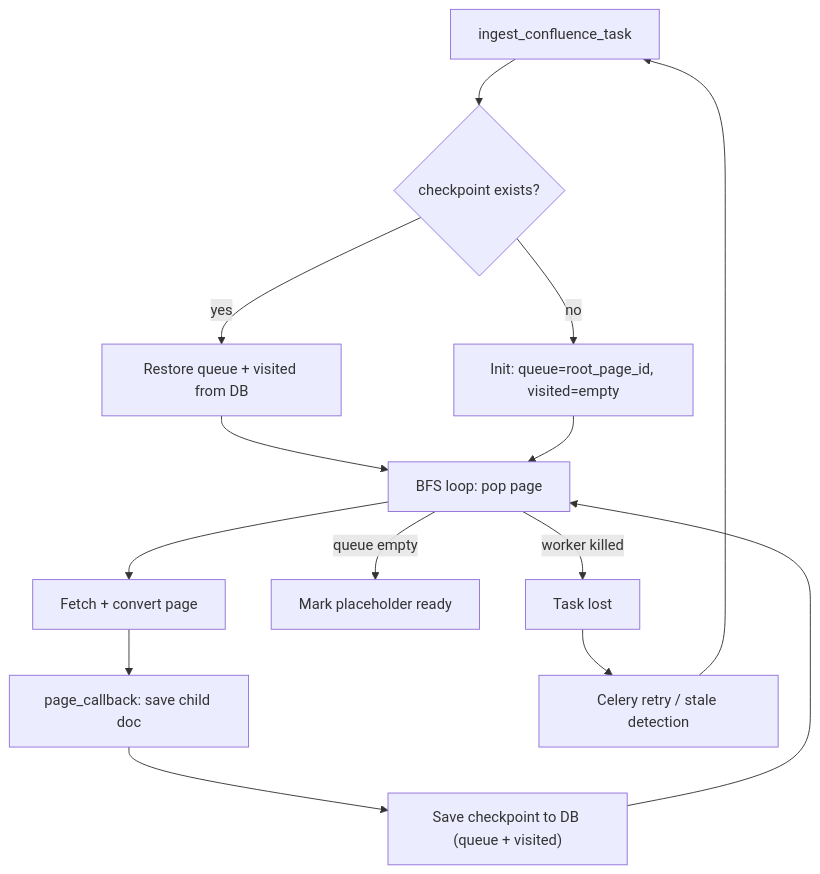
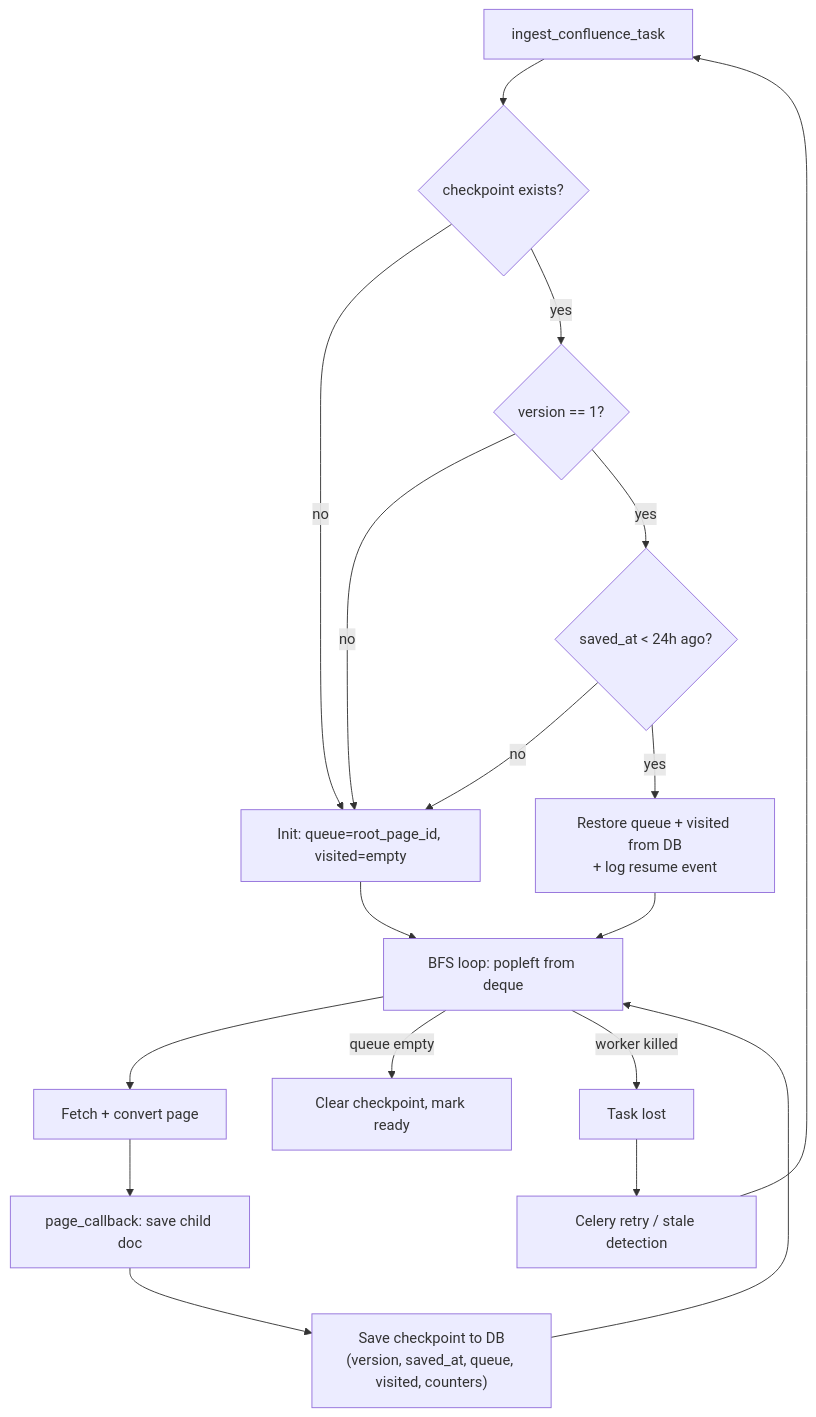
The diagram in architecture/CONFLUENCE-CHECKPOINT.md (ramazan-mamuchiev/ai_mentor), drawn with Mermaid before and after one commit. The commit also changed other lines of this file, not shown here.

First line of the commit message:
docs: harden CONFLUENCE-CHECKPOINT plan — versioning, TTL, deque, limitations

````diff
--- a/architecture/CONFLUENCE-CHECKPOINT.md
+++ b/architecture/CONFLUENCE-CHECKPOINT.md
@@ -17,16 +17,20 @@
 ```mermaid
 flowchart TD
     Start[ingest_confluence_task] --> CheckCkpt{checkpoint exists?}
-    CheckCkpt -->|yes| Restore[Restore queue + visited from DB]
     CheckCkpt -->|no| Init["Init: queue=root_page_id, visited=empty"]
+    CheckCkpt -->|yes| ValidateVer{version == 1?}
+    ValidateVer -->|no| Init
+    ValidateVer -->|yes| ValidateTTL{"saved_at < 24h ago?"}
+    ValidateTTL -->|no| Init
+    ValidateTTL -->|yes| Restore["Restore queue + visited from DB\n+ log resume event"]
     Restore --> Loop
     Init --> Loop
-    Loop[BFS loop: pop page] --> Fetch[Fetch + convert page]
+    Loop[BFS loop: popleft from deque] --> Fetch[Fetch + convert page]
     Fetch --> Callback[page_callback: save child doc]
-    Callback --> Save["Save checkpoint to DB (queue + visited)"]
+    Callback --> Save["Save checkpoint to DB\n(version, saved_at, queue, visited, counters)"]
     Save --> Loop
-    Loop -->|queue empty| Done[Mark placeholder ready]
+    Loop -->|queue empty| ClearCkpt["Clear checkpoint, mark ready"]
     Loop -->|worker killed| Lost["Task lost"]
     Lost --> Retry["Celery retry / stale detection"]
     Retry --> Start
 ```
````
